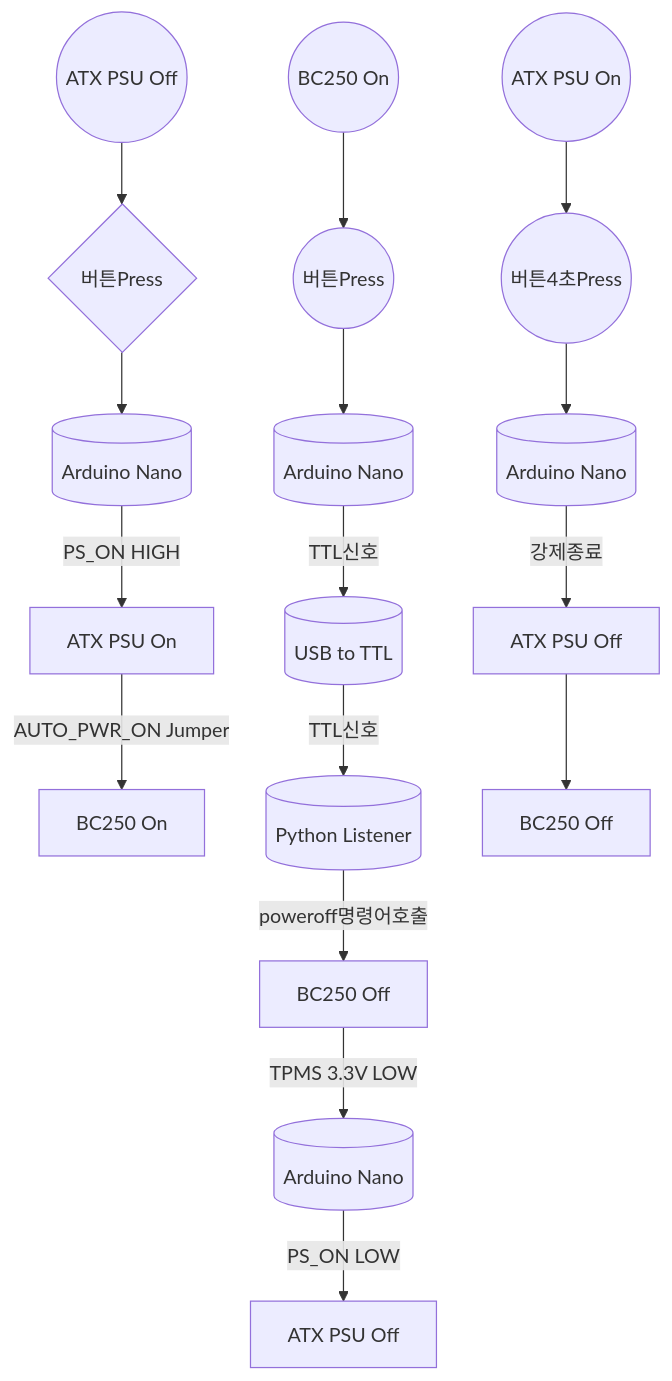
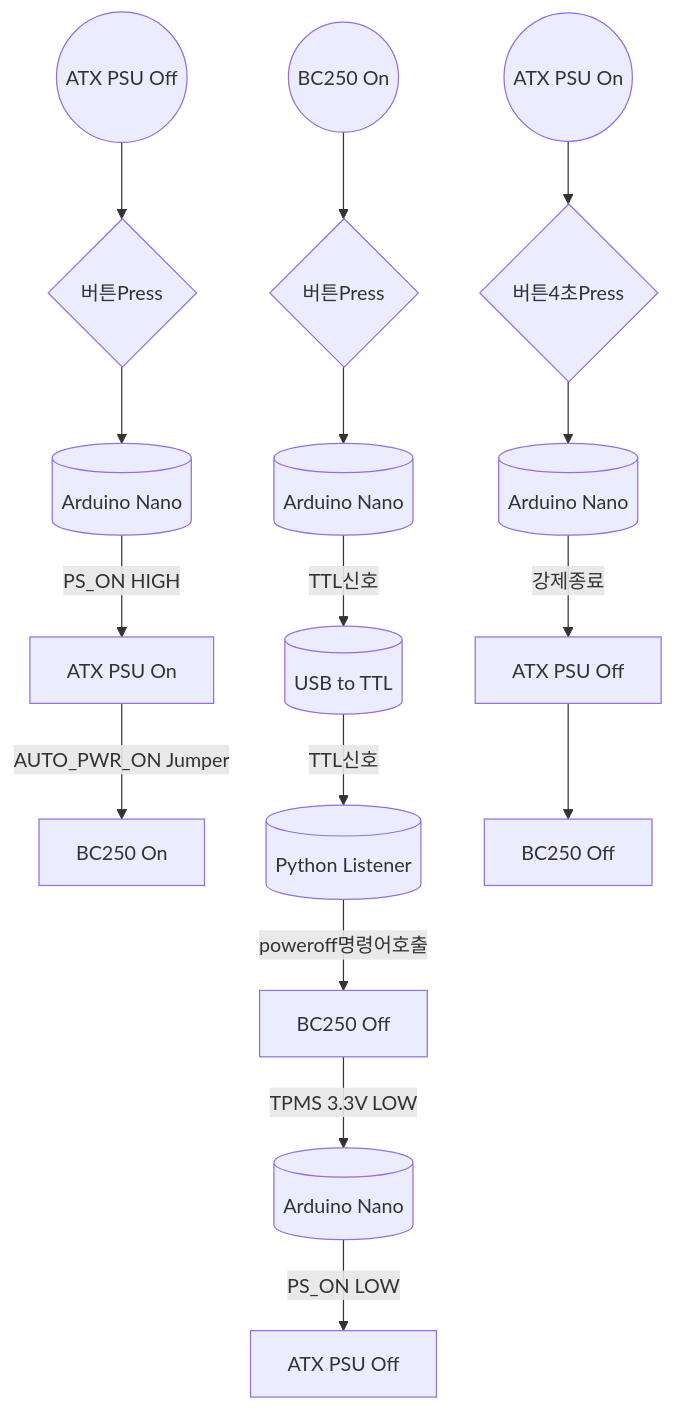
Before and after one commit to coolsolgit/BC250-ATX-PSU-Control: the first of 2 diagrams in README.md, drawn with Mermaid.

````diff
--- a/README.md
+++ b/README.md
@@ -24,18 +24,18 @@
 ```mermaid
 flowchart TD
 A1((ATX PSU Off)) --> B1{버튼Press}
   B1 --> C1[(Arduino Nano)]
   C1 -->|PS_ON HIGH| D1[ATX PSU On]
   D1 -->|AUTO_PWR_ON Jumper| E1[BC250 On]
-A2((BC250 On)) --> B2((버튼Press))
+A2((BC250 On)) --> B2{버튼Press}
   B2 --> C2[(Arduino Nano)]
   C2 -->|TTL신호| D2[(USB to TTL)]
   D2 -->|TTL신호| E2[(Python Listener)]
   E2 -->|poweroff명령어호출| F2[BC250 Off]
   F2 -->|TPMS 3.3V LOW| G2[(Arduino Nano)]
   G2 -->|PS_ON LOW| H2[ATX PSU Off]
-A3((ATX PSU On)) --> B3((버튼4초Press))
+A3((ATX PSU On)) --> B3{버튼4초Press}
   B3 --> C3[(Arduino Nano)]
   C3 -->|강제종료| D3[ATX PSU Off]
   D3 --> E3[BC250 Off]
 ```
````
